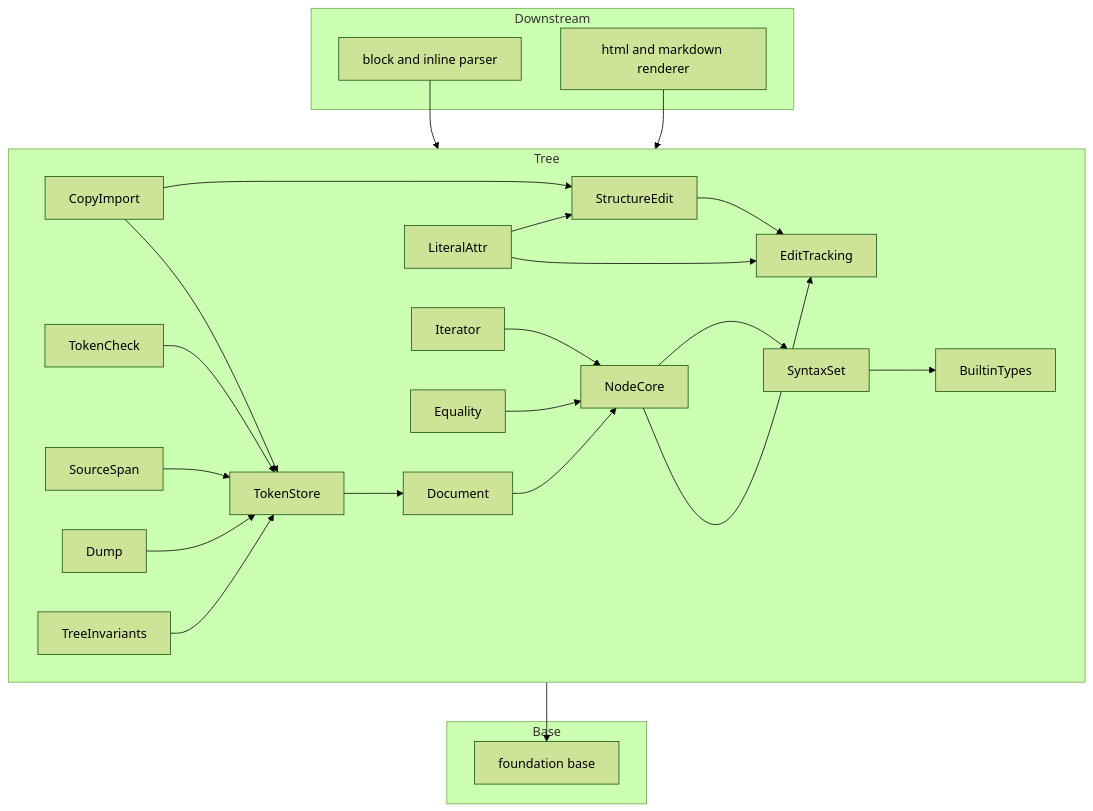
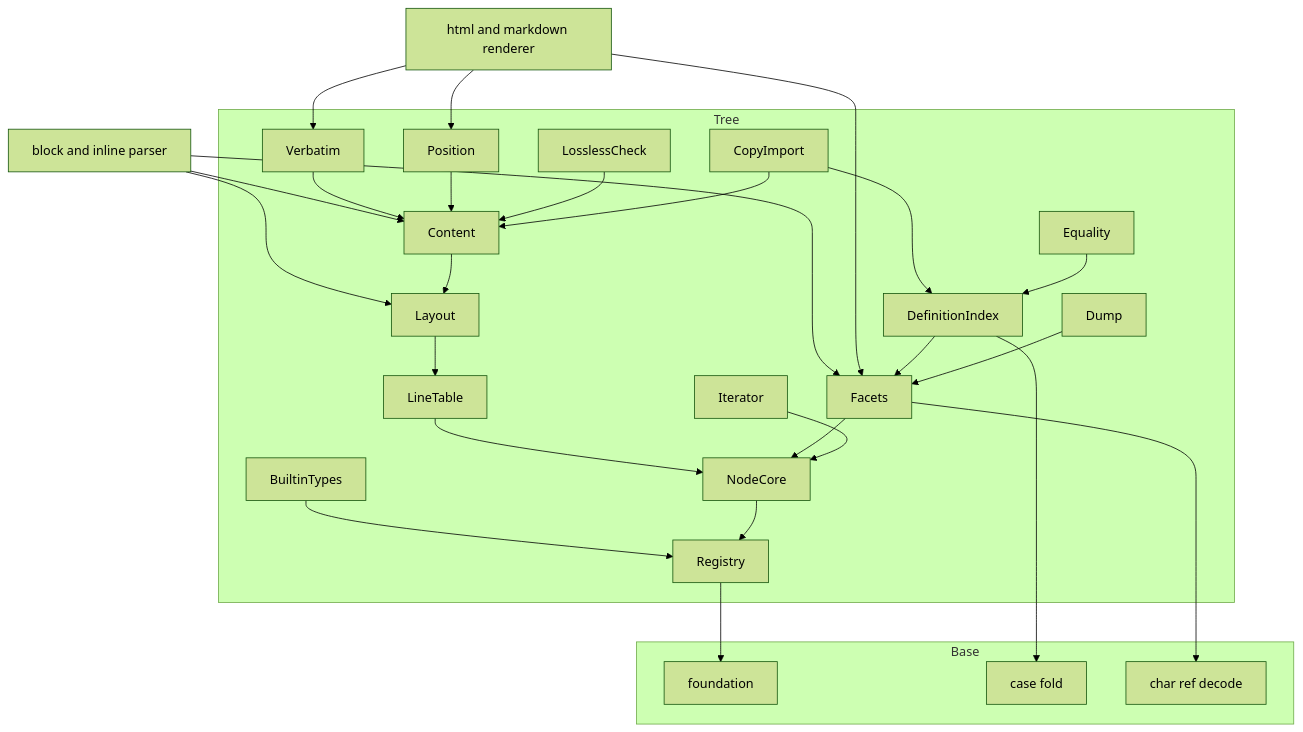
Before and after one commit to ktdevx/amark-private2: the first of 4 diagrams in .kiro/specs/syntax-tree/design.md, drawn with Mermaid (forest theme). The commit also changed other lines of this file and 3 other files, not shown here.

First line of the commit message:
docs(syntax-tree): design を「行 × 帯」と「中身の上の CST」のモデルで作り直す

````diff
--- a/.kiro/specs/syntax-tree/design.md
+++ b/.kiro/specs/syntax-tree/design.md
@@ -63,46 +67,49 @@
 ```mermaid
 graph TB
     subgraph Base
-        RT[foundation base]
+        Foundation[foundation]
+        CaseFold[case fold]
+        CharRef[char ref decode]
     end
     subgraph Tree
-        Registry[SyntaxSet]
+        Registry[Registry]
         Builtin[BuiltinTypes]
-        Doc[Document]
         NodeCore[NodeCore]
-        Edit[EditTracking]
-        Literal[LiteralAttr]
-        Structure[StructureEdit]
-        Tokens[TokenStore]
-        Copy[CopyImport]
-        Check[TokenCheck]
-        Iter[Iterator]
-        Span[SourceSpan]
-        Equal[Equality]
+        LineTable[LineTable]
+        Facets[Facets]
+        Layout[Layout]
+        Content[Content]
+        DefIndex[DefinitionIndex]
+        Verbatim[Verbatim]
+        Position[Position]
+        Lossless[LosslessCheck]
+        CopyImport[CopyImport]
+        Iterator[Iterator]
+        Equality[Equality]
         Dump[Dump]
-        Invariants[TreeInvariants]
     end
-    subgraph Downstream
-        Parsers[block and inline parser]
-        Renderers[html and markdown renderer]
-    end
-    Registry --> Builtin
+    Parsers[block and inline parser] --> Layout
+    Parsers --> Content
+    Parsers --> Facets
+    Renderers[html and markdown renderer] --> Verbatim
+    Renderers --> Facets
+    Renderers --> Position
+    Registry --> Foundation
+    Builtin --> Registry
     NodeCore --> Registry
-    NodeCore --> Edit
-    Doc --> NodeCore
-    Tokens --> Doc
-    Literal --> Structure
-    Literal --> Edit
-    Structure --> Edit
-    Copy --> Structure
-    Copy --> Tokens
-    Check --> Tokens
-    Span --> Tokens
-    Iter --> NodeCore
-    Equal --> NodeCore
-    Dump --> Tokens
-    Invariants --> Tokens
-    Tree --> RT
-    Parsers --> Tree
-    Renderers --> Tree
+    LineTable --> NodeCore
+    Facets --> NodeCore
+    Facets --> CharRef
+    Layout --> LineTable
+    Content --> Layout
+    DefIndex --> Facets
+    DefIndex --> CaseFold
+    Verbatim --> Content
+    Position --> Content
+    Lossless --> Content
+    CopyImport --> Content
+    CopyImport --> DefIndex
+    Equality --> DefIndex
+    Dump --> Facets
+    Iterator --> NodeCore
 ```
````
